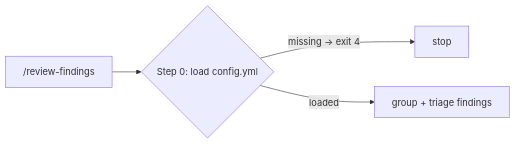
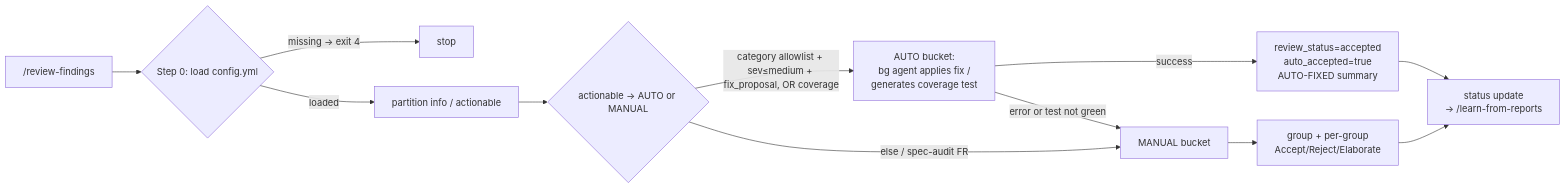
Before and after one commit to AlarQ/SDD-hub: diagram 12 of 14 in docs/workflow-diagram.md, drawn with Mermaid. The commit also changed other lines of this file and 6 other files, not shown here.

````diff
--- a/docs/workflow-diagram.md
+++ b/docs/workflow-diagram.md
@@ -420,6 +420,14 @@
 ```mermaid
 graph LR
     RF["/review-findings"] --> CFG0{Step 0: load config.yml}
     CFG0 -->|missing → exit 4| STOP_RF[stop]
-    CFG0 -->|loaded| TRIAGE[group + triage findings]
+    CFG0 -->|loaded| PART[partition info / actionable]
+    PART --> SPLIT{actionable → AUTO or MANUAL}
+    SPLIT -->|category allowlist + sev≤medium + fix_proposal, OR coverage| AUTO[AUTO bucket:<br/>bg agent applies fix /<br/>generates coverage test]
+    SPLIT -->|else / spec-audit FR| MANUAL[MANUAL bucket]
+    AUTO -->|success| MARK[review_status=accepted<br/>auto_accepted=true<br/>AUTO-FIXED summary]
+    AUTO -->|error or test not green| MANUAL
+    MANUAL --> TRIAGE[group + per-group<br/>Accept/Reject/Elaborate]
+    MARK --> DONE[status update<br/>→ /learn-from-reports]
+    TRIAGE --> DONE
 ```
````
